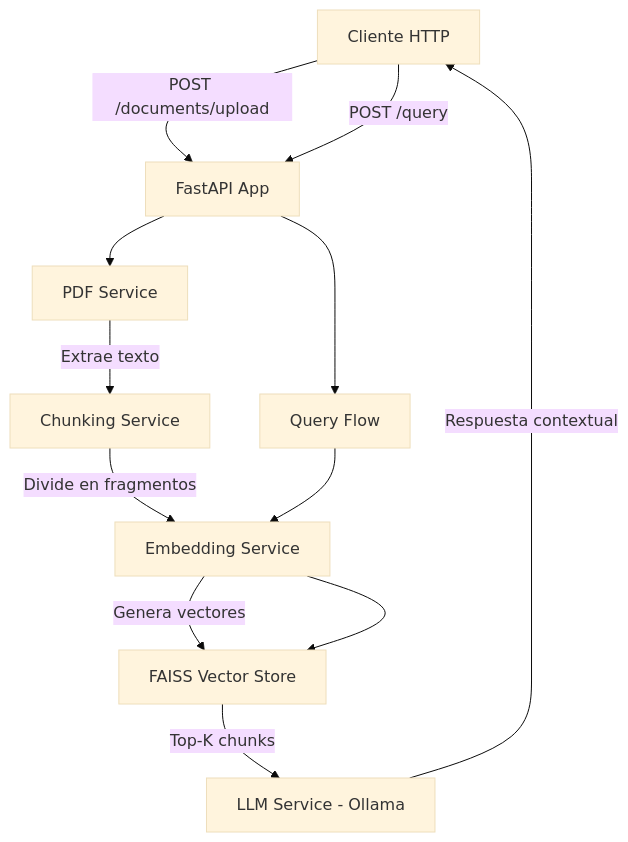
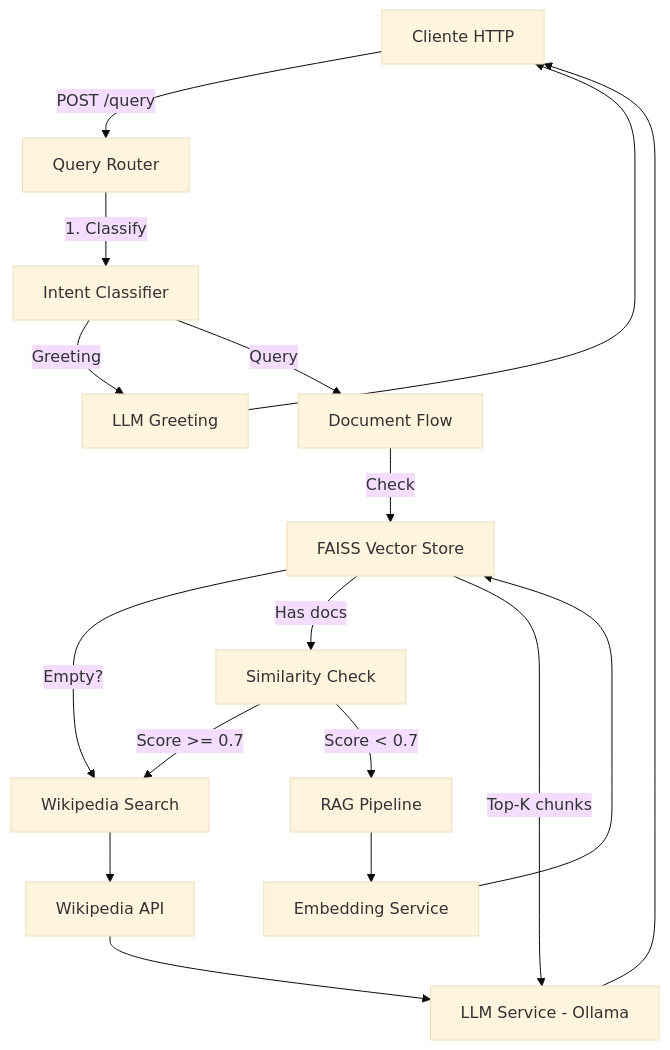
The diagram in README.md (LucianoWagner/RAG-Project), drawn with Mermaid (base theme) before and after one commit. The commit also changed other lines of this file and 13 other files, not shown here.

````diff
--- a/README.md
+++ b/README.md
@@ -17,16 +46,24 @@
 ```mermaid
 graph TB
-    Client[Cliente HTTP] -->|POST /documents/upload| API[FastAPI App]
-    Client -->|POST /query| API
+    Client[Cliente HTTP] -->|POST /query| Router[Query Router]
     
-    API --> PDFService[PDF Service]
-    PDFService -->|Extrae texto| Chunking[Chunking Service]
-    Chunking -->|Divide en fragmentos| Embedding[Embedding Service]
-    Embedding -->|Genera vectores| VectorStore[FAISS Vector Store]
+    Router -->|1. Classify| Intent[Intent Classifier]
+    Intent -->|Greeting| GreetLLM[LLM Greeting]
+    Intent -->|Query| DocFlow[Document Flow]
     
-    API --> QueryFlow[Query Flow]
-    QueryFlow --> Embedding
+    DocFlow -->|Check| VectorStore[FAISS Vector Store]
+    VectorStore -->|Empty?| WebSearch[Wikipedia Search]
+    VectorStore -->|Has docs| Similarity[Similarity Check]
+    
+    Similarity -->|Score >= 0.7| WebSearch
+    Similarity -->|Score < 0.7| RAG[RAG Pipeline]
+    
+    RAG --> Embedding[Embedding Service]
     Embedding --> VectorStore
     VectorStore -->|Top-K chunks| LLM[LLM Service - Ollama]
-    LLM -->|Respuesta contextual| Client
+    
+    GreetLLM --> Client
+    WebSearch --> WikiAPI[Wikipedia API]
+    WikiAPI --> LLM
+    LLM --> Client
 ```
````
